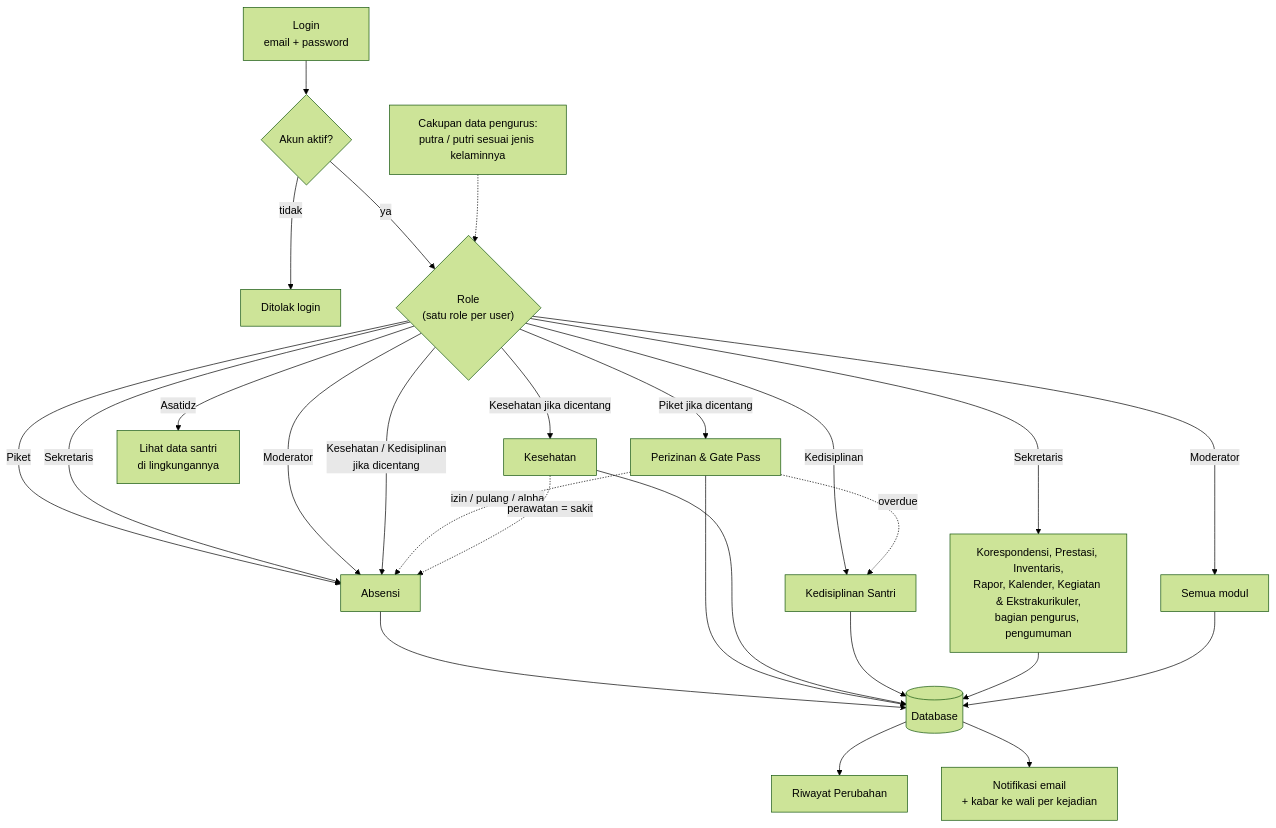
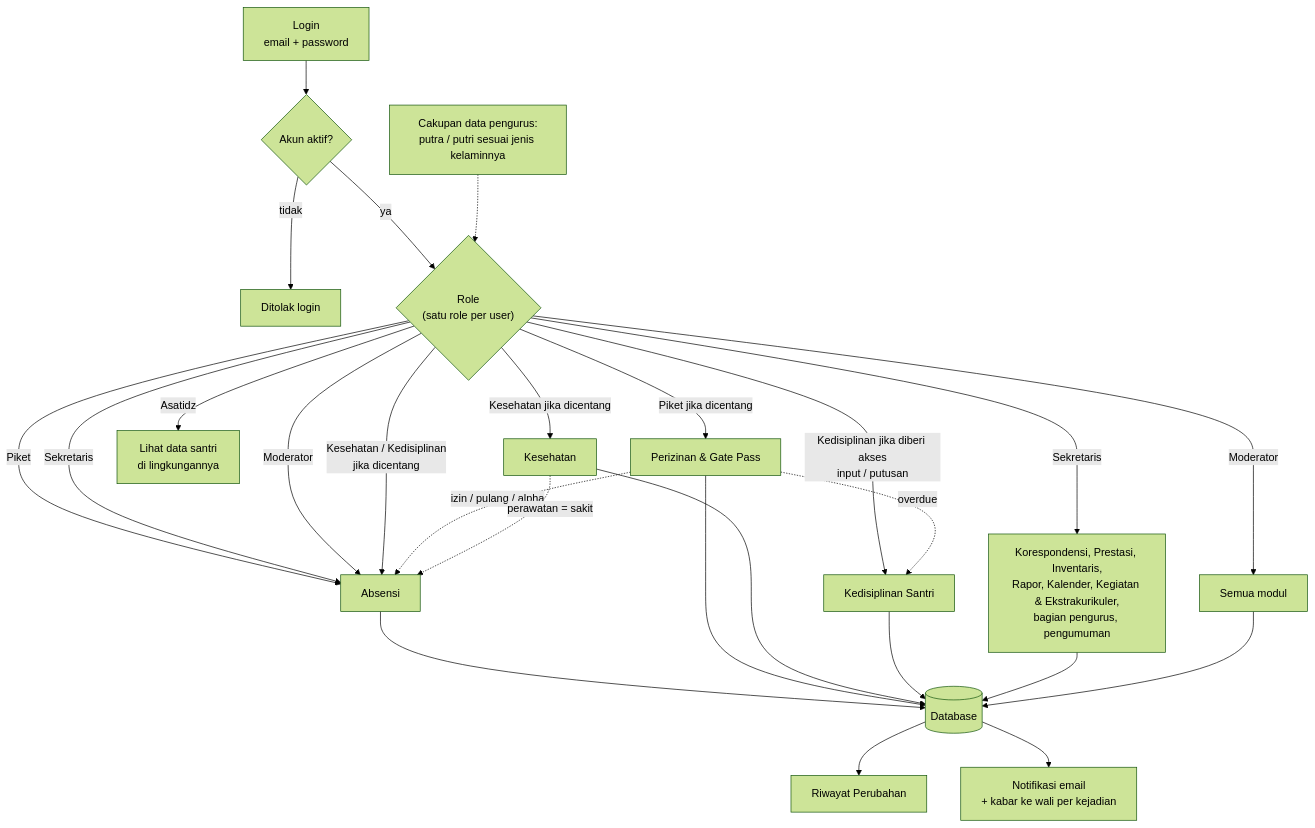
Before and after one commit to SiJao/ProjectJao: the first of 6 diagrams in README.md, drawn with Mermaid (forest theme). The commit also changed other lines of this file, not shown here.

Commit message:
README: selaraskan dengan keputusan terbaru (no. HP wali, masa tenggang overdue, Libur Pondok, akses Kedisiplinan, daftar pilihan)

````diff
--- a/README.md
+++ b/README.md
@@ -254,33 +255,33 @@
 ```mermaid
 flowchart TD
     A["Login<br/>email + password"] --> B{"Akun aktif?"}
     B -- "tidak" --> Z["Ditolak login"]
     B -- "ya" --> C{"Role<br/>(satu role per user)"}
 
     C -- "Piket" --> M1["Absensi"]
     C -- "Sekretaris" --> M1
     C -- "Moderator" --> M1
     C -- "Kesehatan / Kedisiplinan<br/>jika dicentang" --> M1
 
     C -- "Piket jika dicentang" --> M2["Perizinan & Gate Pass"]
     C -- "Kesehatan jika dicentang" --> M3["Kesehatan"]
-    C -- "Kedisiplinan" --> M4["Kedisiplinan Santri"]
+    C -- "Kedisiplinan jika diberi akses<br/>input / putusan" --> M4["Kedisiplinan Santri"]
     C -- "Sekretaris" --> M5["Korespondensi, Prestasi, Inventaris,<br/>Rapor, Kalender, Kegiatan & Ekstrakurikuler,<br/>bagian pengurus, pengumuman"]
     C -- "Asatidz" --> M6["Lihat data santri<br/>di lingkungannya"]
     C -- "Moderator" --> M7["Semua modul"]
 
     S["Cakupan data pengurus:<br/>putra / putri sesuai jenis kelaminnya"] -.-> C
 
     M2 -. "overdue" .-> M4
     M2 -. "izin / pulang / alpha" .-> M1
     M3 -. "perawatan = sakit" .-> M1
 
     M1 --> DB[("Database")]
     M2 --> DB
     M3 --> DB
     M4 --> DB
     M5 --> DB
     M7 --> DB
     DB --> L["Riwayat Perubahan"]
     DB --> N["Notifikasi email<br/>+ kabar ke wali per kejadian"]
 ```
````
